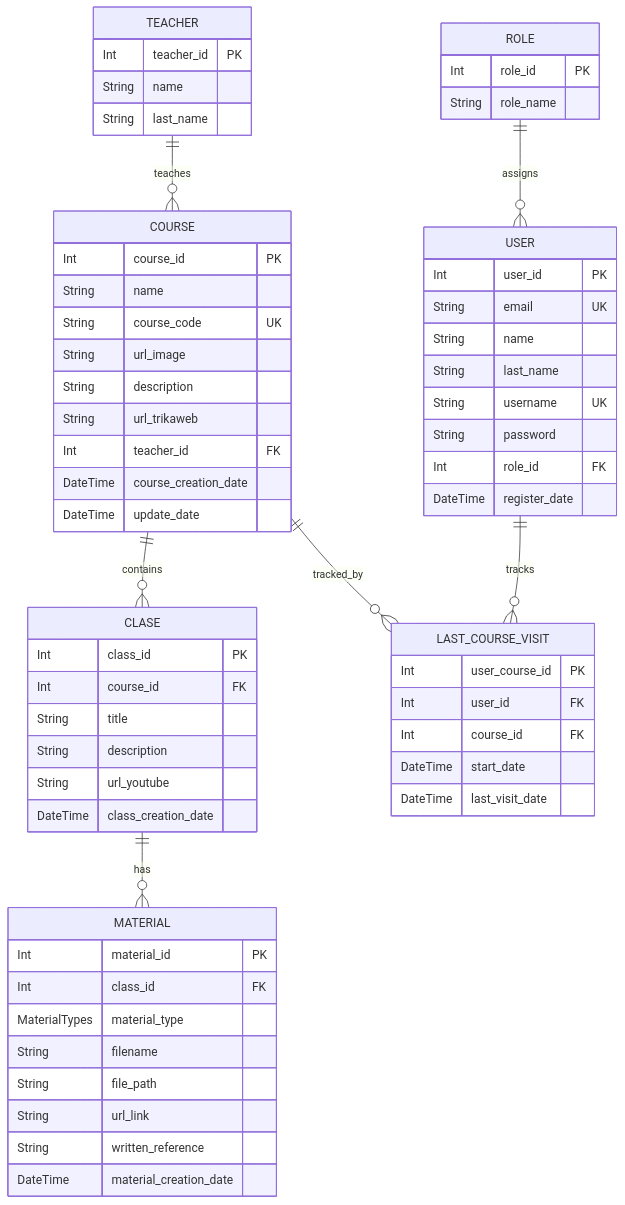
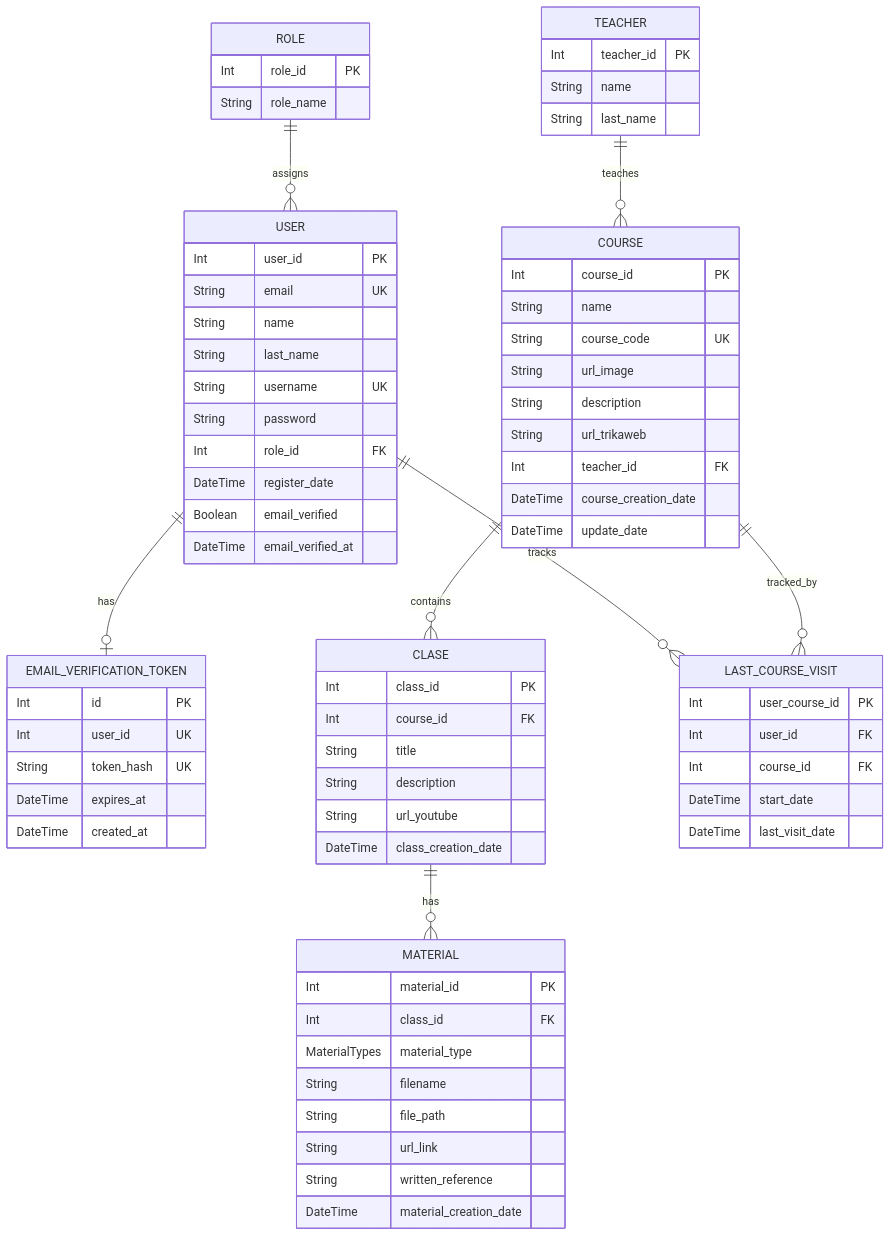
The diagram in docs/base-de-datos.md (ccUnicode/UniOpenCourse), drawn with Mermaid before and after one commit. The commit also changed other lines of this file and 6 other files, not shown here.

````diff
--- a/docs/base-de-datos.md
+++ b/docs/base-de-datos.md
@@ -35,71 +35,82 @@
 ```mermaid
 erDiagram
     ROLE {
         Int role_id PK
         String role_name
     }
 
     USER {
         Int user_id PK
         String email UK
         String name
         String last_name
         String username UK
         String password
         Int role_id FK
         DateTime register_date
+        Boolean email_verified
+        DateTime email_verified_at
+    }
+
+    EMAIL_VERIFICATION_TOKEN {
+        Int id PK
+        Int user_id UK
+        String token_hash UK
+        DateTime expires_at
+        DateTime created_at
     }
 
     TEACHER {
         Int teacher_id PK
         String name
         String last_name
     }
 
     COURSE {
         Int course_id PK
         String name
         String course_code UK
         String url_image
         String description
         String url_trikaweb
         Int teacher_id FK
         DateTime course_creation_date
         DateTime update_date
     }
 
     CLASE {
         Int class_id PK
         Int course_id FK
         String title
         String description
         String url_youtube
         DateTime class_creation_date
     }
 
     MATERIAL {
         Int material_id PK
         Int class_id FK
         MaterialTypes material_type
         String filename
         String file_path
         String url_link
         String written_reference
         DateTime material_creation_date
     }
 
     LAST_COURSE_VISIT {
         Int user_course_id PK
         Int user_id FK
         Int course_id FK
         DateTime start_date
         DateTime last_visit_date
     }
 
     ROLE ||--o{ USER : assigns
+    USER ||--o| EMAIL_VERIFICATION_TOKEN : has
     TEACHER ||--o{ COURSE : teaches
     COURSE ||--o{ CLASE : contains
     CLASE ||--o{ MATERIAL : has
     USER ||--o{ LAST_COURSE_VISIT : tracks
     COURSE ||--o{ LAST_COURSE_VISIT : tracked_by
 ```
````
